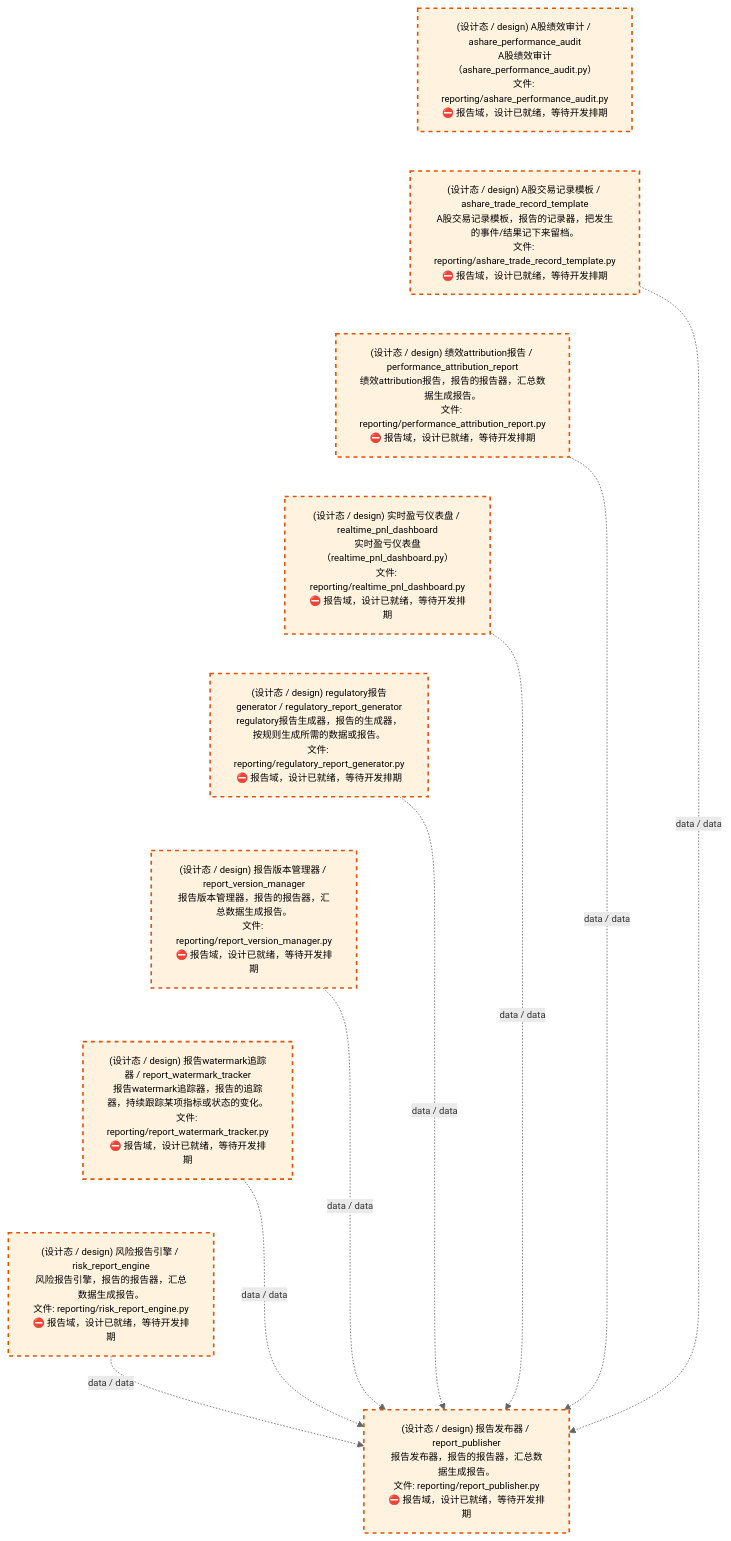
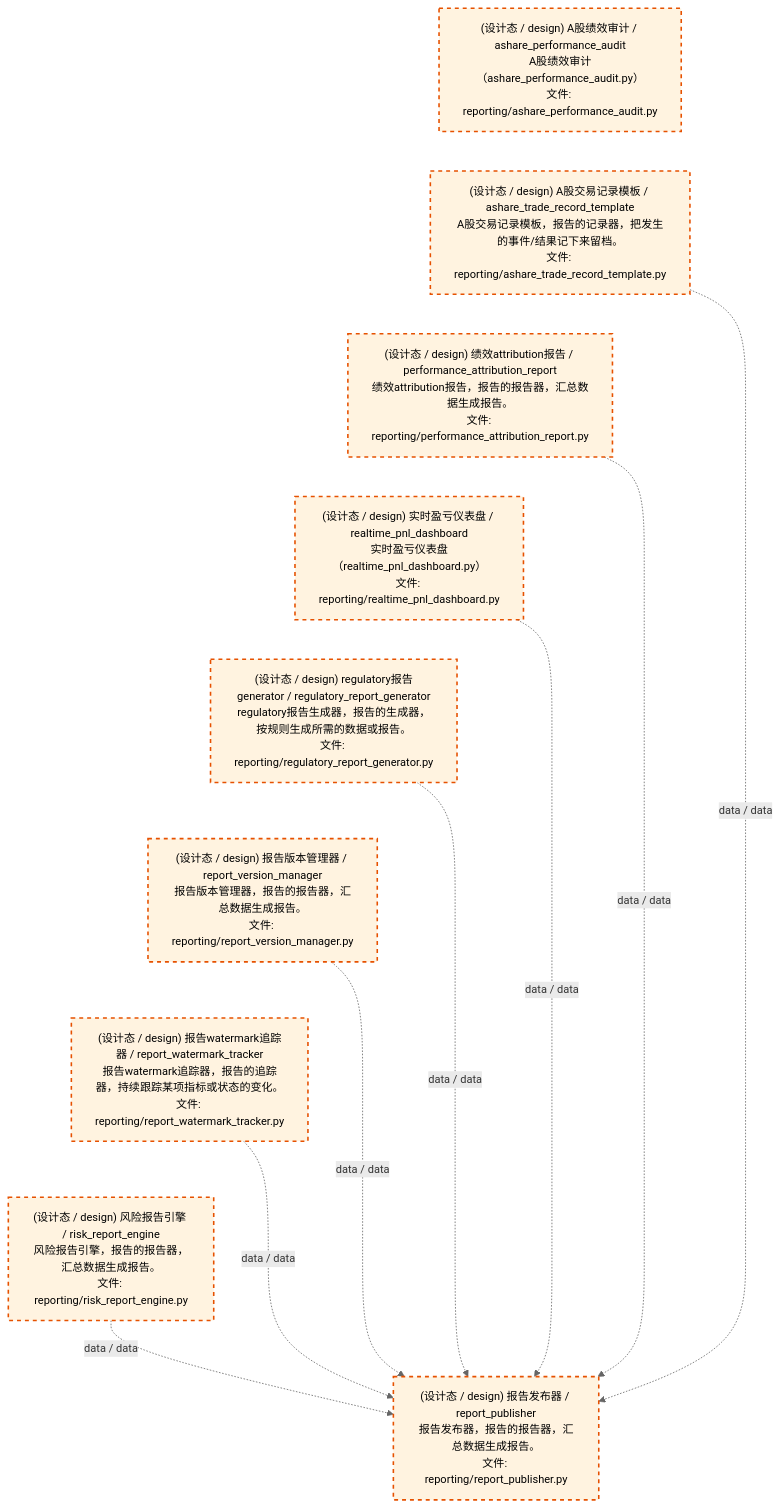
The third of 4 diagrams in docs/02_enterprise_architecture/02_domain_architecture_docs/26_d_reporting.md (xuanFelixVan/ZephyrAlpha), drawn with Mermaid before and after one commit. The commit also changed other lines of this file and 61 other files, not shown here.

````diff
--- a/docs/02_enterprise_architecture/02_domain_architecture_docs/26_d_reporting.md
+++ b/docs/02_enterprise_architecture/02_domain_architecture_docs/26_d_reporting.md
@@ -137,32 +137,32 @@
 ```mermaid
-%%{init: {'theme': 'base', 'themeVariables': {'primaryColor': '#eaeaea', 'primaryTextColor': '#333333', 'primaryBorderColor': '#666666', 'lineColor': '#666666', 'secondaryColor': '#eaeaea', 'tertiaryColor': '#eaeaea', 'fontSize': '12px'}}}%%
+%%{init: {'theme': 'base', 'themeVariables': {'primaryColor': '#eaeaea', 'primaryTextColor': '#333333', 'primaryBorderColor': '#666666', 'lineColor': '#666666', 'secondaryColor': '#eaeaea', 'tertiaryColor': '#eaeaea', 'fontSize': '14px'}}}%%
 flowchart TD
-    src_zephyr_reporting_ashare_performance_audit_py["(设计态 / design) A股绩效审计 / ashare_performance_audit<br/>A股绩效审计（ashare_performance_audit.py）<br/>文件: reporting/ashare_performance_audit.py<br/>⛔ 报告域，设计已就绪，等待开发排期"]
-    src_zephyr_reporting_ashare_trade_record_template_py["(设计态 / design) A股交易记录模板 / ashare_trade_record_template<br/>A股交易记录模板，报告的记录器，把发生的事件/结果记下来留档。<br/>文件: reporting/ashare_trade_record_template.py<br/>⛔ 报告域，设计已就绪，等待开发排期"]
-    src_zephyr_reporting_performance_attribution_report_py["(设计态 / design) 绩效attribution报告 / performance_attribution_report<br/>绩效attribution报告，报告的报告器，汇总数据生成报告。<br/>文件: reporting/performance_attribution_report.py<br/>⛔ 报告域，设计已就绪，等待开发排期"]
-    src_zephyr_reporting_realtime_pnl_dashboard_py["(设计态 / design) 实时盈亏仪表盘 / realtime_pnl_dashboard<br/>实时盈亏仪表盘（realtime_pnl_dashboard.py）<br/>文件: reporting/realtime_pnl_dashboard.py<br/>⛔ 报告域，设计已就绪，等待开发排期"]
-    src_zephyr_reporting_regulatory_report_generator_py["(设计态 / design) regulatory报告generator / regulatory_report_generator<br/>regulatory报告生成器，报告的生成器，按规则生成所需的数据或报告。<br/>文件: reporting/regulatory_report_generator.py<br/>⛔ 报告域，设计已就绪，等待开发排期"]
-    src_zephyr_reporting_report_version_manager_py["(设计态 / design) 报告版本管理器 / report_version_manager<br/>报告版本管理器，报告的报告器，汇总数据生成报告。<br/>文件: reporting/report_version_manager.py<br/>⛔ 报告域，设计已就绪，等待开发排期"]
-    src_zephyr_reporting_report_watermark_tracker_py["(设计态 / design) 报告watermark追踪器 / report_watermark_tracker<br/>报告watermark追踪器，报告的追踪器，持续跟踪某项指标或状态的变化。<br/>文件: reporting/report_watermark_tracker.py<br/>⛔ 报告域，设计已就绪，等待开发排期"]
-    src_zephyr_reporting_risk_report_engine_py["(设计态 / design) 风险报告引擎 / risk_report_engine<br/>风险报告引擎，报告的报告器，汇总数据生成报告。<br/>文件: reporting/risk_report_engine.py<br/>⛔ 报告域，设计已就绪，等待开发排期"]
+    src_zephyr_reporting_ashare_performance_audit_py["(设计态 / design) A股绩效审计 / ashare_performance_audit<br/>A股绩效审计（ashare_performance_audit.py）<br/>文件: reporting/ashare_performance_audit.py"]
+    src_zephyr_reporting_ashare_trade_record_template_py["(设计态 / design) A股交易记录模板 / ashare_trade_record_template<br/>A股交易记录模板，报告的记录器，把发生的事件/结果记下来留档。<br/>文件: reporting/ashare_trade_record_template.py"]
+    src_zephyr_reporting_performance_attribution_report_py["(设计态 / design) 绩效attribution报告 / performance_attribution_report<br/>绩效attribution报告，报告的报告器，汇总数据生成报告。<br/>文件: reporting/performance_attribution_report.py"]
+    src_zephyr_reporting_realtime_pnl_dashboard_py["(设计态 / design) 实时盈亏仪表盘 / realtime_pnl_dashboard<br/>实时盈亏仪表盘（realtime_pnl_dashboard.py）<br/>文件: reporting/realtime_pnl_dashboard.py"]
+    src_zephyr_reporting_regulatory_report_generator_py["(设计态 / design) regulatory报告generator / regulatory_report_generator<br/>regulatory报告生成器，报告的生成器，按规则生成所需的数据或报告。<br/>文件: reporting/regulatory_report_generator.py"]
+    src_zephyr_reporting_report_version_manager_py["(设计态 / design) 报告版本管理器 / report_version_manager<br/>报告版本管理器，报告的报告器，汇总数据生成报告。<br/>文件: reporting/report_version_manager.py"]
+    src_zephyr_reporting_report_watermark_tracker_py["(设计态 / design) 报告watermark追踪器 / report_watermark_tracker<br/>报告watermark追踪器，报告的追踪器，持续跟踪某项指标或状态的变化。<br/>文件: reporting/report_watermark_tracker.py"]
+    src_zephyr_reporting_risk_report_engine_py["(设计态 / design) 风险报告引擎 / risk_report_engine<br/>风险报告引擎，报告的报告器，汇总数据生成报告。<br/>文件: reporting/risk_report_engine.py"]
     src_zephyr_reporting_ashare_performance_audit_py ~~~ src_zephyr_reporting_ashare_trade_record_template_py
     src_zephyr_reporting_ashare_trade_record_template_py ~~~ src_zephyr_reporting_performance_attribution_report_py
     src_zephyr_reporting_performance_attribution_report_py ~~~ src_zephyr_reporting_realtime_pnl_dashboard_py
     src_zephyr_reporting_realtime_pnl_dashboard_py ~~~ src_zephyr_reporting_regulatory_report_generator_py
     src_zephyr_reporting_regulatory_report_generator_py ~~~ src_zephyr_reporting_report_version_manager_py
     src_zephyr_reporting_report_version_manager_py ~~~ src_zephyr_reporting_report_watermark_tracker_py
     src_zephyr_reporting_report_watermark_tracker_py ~~~ src_zephyr_reporting_risk_report_engine_py
-    src_zephyr_reporting_report_publisher_py["(设计态 / design) 报告发布器 / report_publisher<br/>报告发布器，报告的报告器，汇总数据生成报告。<br/>文件: reporting/report_publisher.py<br/>⛔ 报告域，设计已就绪，等待开发排期"]
+    src_zephyr_reporting_report_publisher_py["(设计态 / design) 报告发布器 / report_publisher<br/>报告发布器，报告的报告器，汇总数据生成报告。<br/>文件: reporting/report_publisher.py"]
     src_zephyr_reporting_ashare_trade_record_template_py -.->|data / data| src_zephyr_reporting_report_publisher_py
     src_zephyr_reporting_realtime_pnl_dashboard_py -.->|data / data| src_zephyr_reporting_report_publisher_py
     src_zephyr_reporting_regulatory_report_generator_py -.->|data / data| src_zephyr_reporting_report_publisher_py
     src_zephyr_reporting_risk_report_engine_py -.->|data / data| src_zephyr_reporting_report_publisher_py
     src_zephyr_reporting_report_version_manager_py -.->|data / data| src_zephyr_reporting_report_publisher_py
     src_zephyr_reporting_performance_attribution_report_py -.->|data / data| src_zephyr_reporting_report_publisher_py
     src_zephyr_reporting_report_watermark_tracker_py -.->|data / data| src_zephyr_reporting_report_publisher_py
     classDef production fill:#e1f5fe,stroke:#01579b,stroke-width:2px,color:#000
     classDef design fill:#fff3e0,stroke:#e65100,stroke-width:2px,color:#000,stroke-dasharray: 5 5
     classDef external_prod fill:#e8f4fd,stroke:#0277bd,stroke-width:1px,color:#000
     classDef external_design fill:#fff8e7,stroke:#ef6c00,stroke-width:1px,color:#000,stroke-dasharray: 5 5
     class src_zephyr_reporting_ashare_performance_audit_py,src_zephyr_reporting_ashare_trade_record_template_py,src_zephyr_reporting_performance_attribution_report_py,src_zephyr_reporting_realtime_pnl_dashboard_py,src_zephyr_reporting_regulatory_report_generator_py,src_zephyr_reporting_report_publisher_py,src_zephyr_reporting_report_version_manager_py,src_zephyr_reporting_report_watermark_tracker_py,src_zephyr_reporting_risk_report_engine_py design
 ```
````
